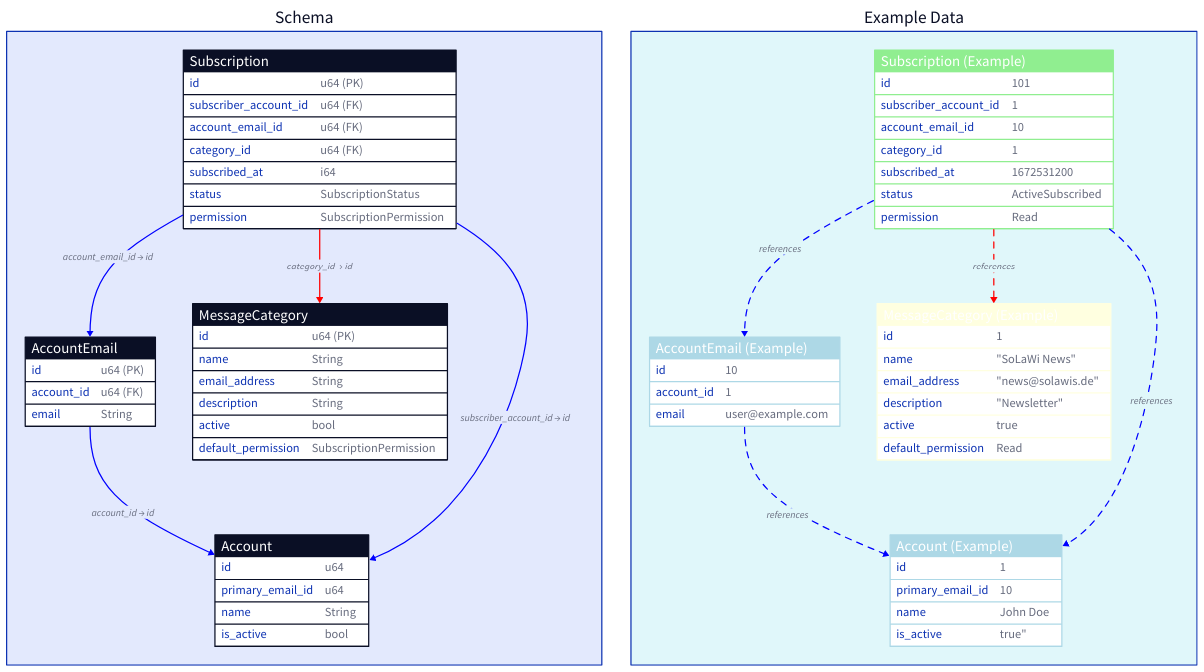
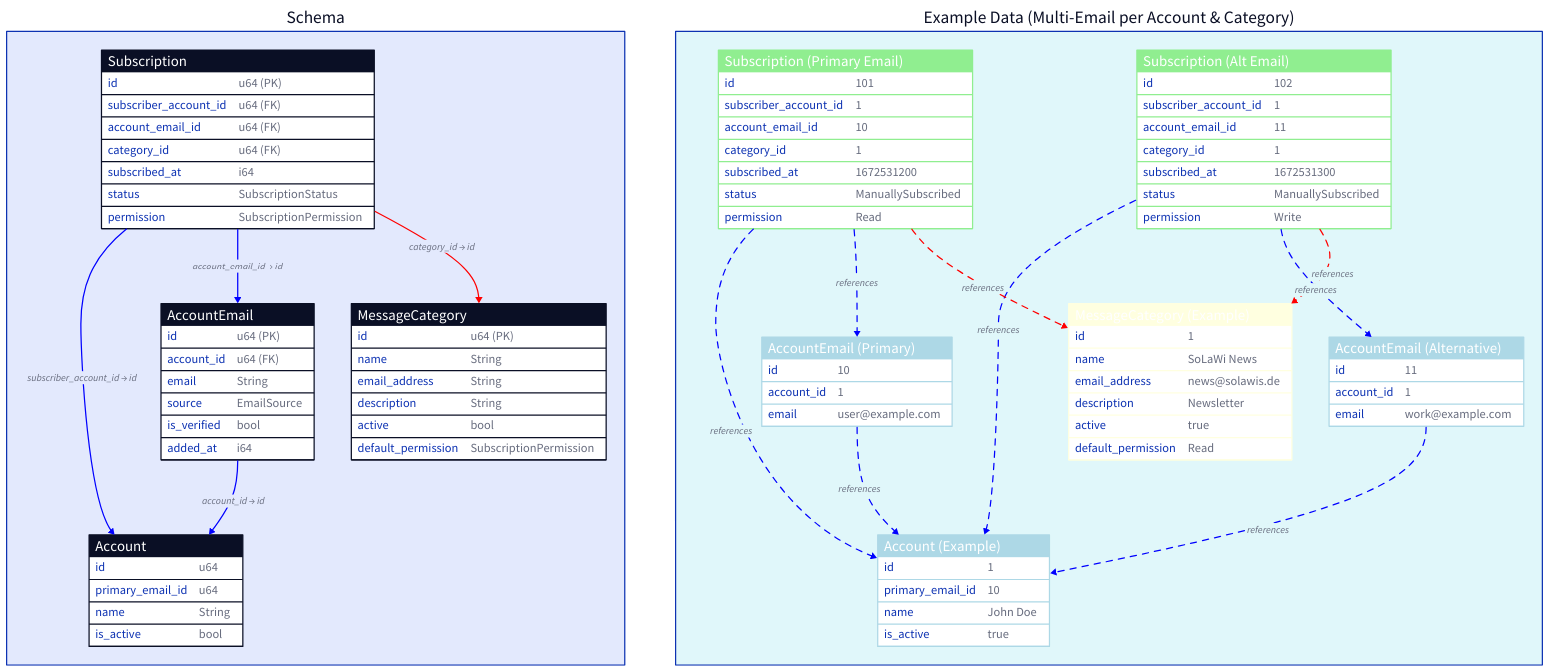
The diagram in docs/src/email/subscriptions-relationships.d2 (enaut/kommunikationszentrum), drawn with D2 before and after one commit. The commit also changed 20 other files, not shown here.

First line of the commit message:
The documentation and D2 diagrams across the Kommunikationszentrum repository have been comprehensively updated to reflect the architectural enhancements introduced in the last three commits (`fd0b473`, `7e1d919`, and `e8ae9a0`).

```diff
--- a/docs/src/email/subscriptions-relationships.d2
+++ b/docs/src/email/subscriptions-relationships.d2
@@ -1,106 +1,143 @@
 direction: down
 
 Schema: {
   account: "Account" {
     shape: sql_table
     id: u64
     primary_email_id: u64
     name: String
     is_active: bool
   }
   account_emails: "AccountEmail" {
     shape: sql_table
     id: u64 (PK)
     account_id: u64 (FK)
     email: String
+    source: EmailSource
+    is_verified: bool
+    added_at: i64
   }
   subscriptions: "Subscription" {
     shape: sql_table
     id: u64 (PK)
     subscriber_account_id: u64 (FK)
     account_email_id: u64 (FK)
     category_id: u64 (FK)
     subscribed_at: i64
     status: SubscriptionStatus
     permission: SubscriptionPermission
   }
   categories: "MessageCategory" {
     shape: sql_table
     id: u64 (PK)
     name: String
     email_address: String
     description: String
     active: bool
     default_permission: SubscriptionPermission
   }
 
   account_emails.account_id -> account.id: "account_id → id" {
     style.stroke: blue
   }
   subscriptions.subscriber_account_id -> account.id: "subscriber_account_id → id" {
     style.stroke: blue
   }
   subscriptions.account_email_id -> account_emails.id: "account_email_id → id" {
     style.stroke: blue
   }
   subscriptions.category_id -> categories.id: "category_id → id" {
     style.stroke: red
   }
 }
 
-example_data: "Example Data" {
+example_data: "Example Data (Multi-Email per Account & Category)" {
   style.fill: "#e0f7fa"
   account_example: "Account (Example)" {
     shape: sql_table
     style.fill: lightblue
     id: 1
     primary_email_id: 10
     name: "John Doe"
-    is_active: true"
+    is_active: true
   }
-  account_email_example: "AccountEmail (Example)" {
+  account_email_example: "AccountEmail (Primary)" {
     shape: sql_table
     style.fill: lightblue
     id: 10
     account_id: 1
     email: "user@example.com"
   }
-  subscription_example: "Subscription (Example)" {
+  account_email_example_2: "AccountEmail (Alternative)" {
+    shape: sql_table
+    style.fill: lightblue
+    id: 11
+    account_id: 1
+    email: "work@example.com"
+  }
+  subscription_example: "Subscription (Primary Email)" {
     style.fill: lightgreen
     shape: sql_table
     id: 101
     subscriber_account_id: 1
     account_email_id: 10
     category_id: 1
     subscribed_at: 1672531200
-    status: ActiveSubscribed
+    status: ManuallySubscribed
     permission: Read
+  }
+  subscription_example_2: "Subscription (Alt Email)" {
+    style.fill: lightgreen
+    shape: sql_table
+    id: 102
+    subscriber_account_id: 1
+    account_email_id: 11
+    category_id: 1
+    subscribed_at: 1672531300
+    status: ManuallySubscribed
+    permission: Write
   }
   category_example: "MessageCategory (Example)" {
     shape: sql_table
     style.fill: lightyellow
     id: 1
-    name: \"SoLaWi News\"
-    email_address: \"news@solawis.de\"
-    description: \"Newsletter\"
+    name: "SoLaWi News"
+    email_address: "news@solawis.de"
+    description: "Newsletter"
     active: true
     default_permission: Read
   }
 
   account_email_example.account_id -> account_example.id: "references" {
+    style.stroke: blue
+    style.stroke-dash: 5
+  }
+  account_email_example_2.account_id -> account_example.id: "references" {
     style.stroke: blue
     style.stroke-dash: 5
   }
   subscription_example.subscriber_account_id -> account_example.id: "references" {
     style.stroke: blue
     style.stroke-dash: 5
   }
   subscription_example.account_email_id -> account_email_example.id: "references" {
     style.stroke: blue
     style.stroke-dash: 5
   }
+  subscription_example_2.subscriber_account_id -> account_example.id: "references" {
+    style.stroke: blue
+    style.stroke-dash: 5
+  }
+  subscription_example_2.account_email_id -> account_email_example_2.id: "references" {
+    style.stroke: blue
+    style.stroke-dash: 5
+  }
   subscription_example.category_id -> category_example.id: "references" {
     style.stroke: red
     style.stroke-dash: 5
   }
+  subscription_example_2.category_id -> category_example.id: "references" {
+    style.stroke: red
+    style.stroke-dash: 5
+  }
 }
```
